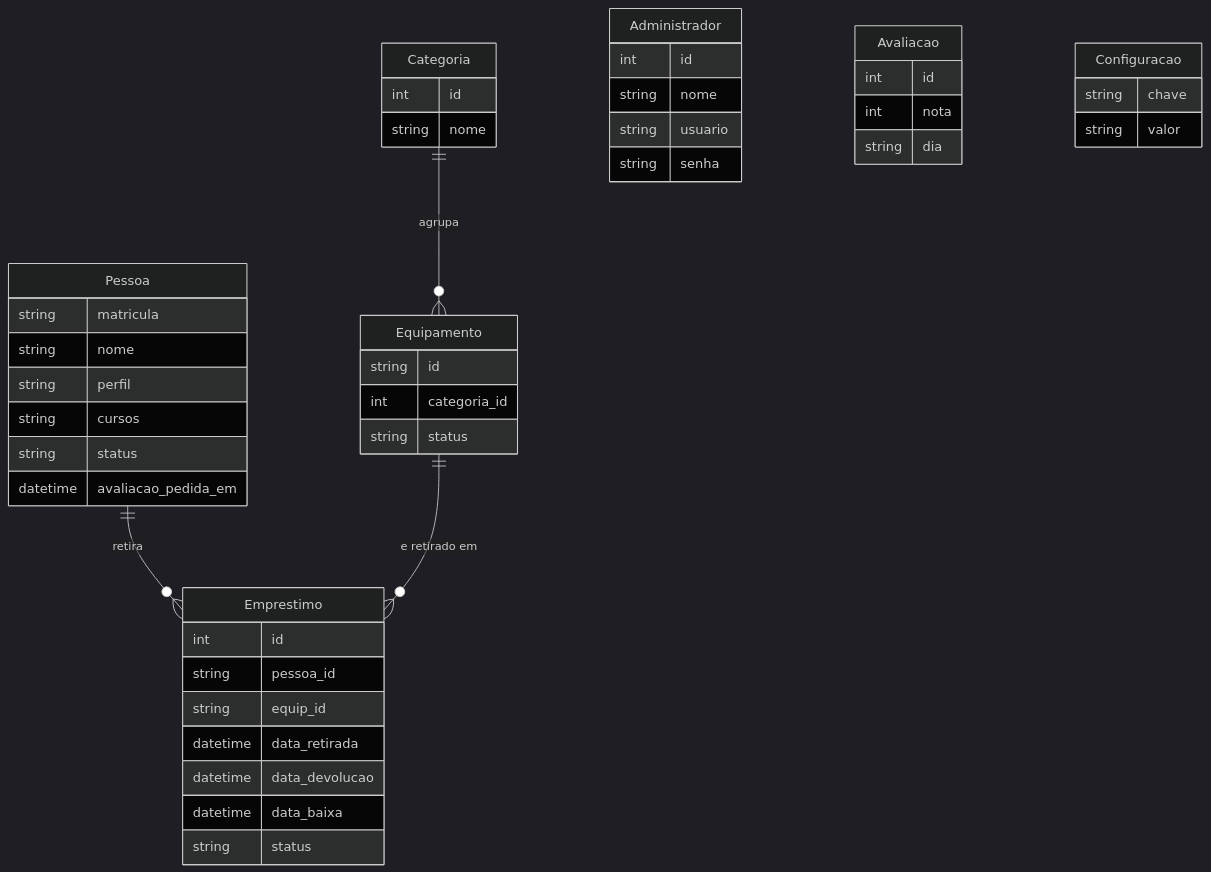
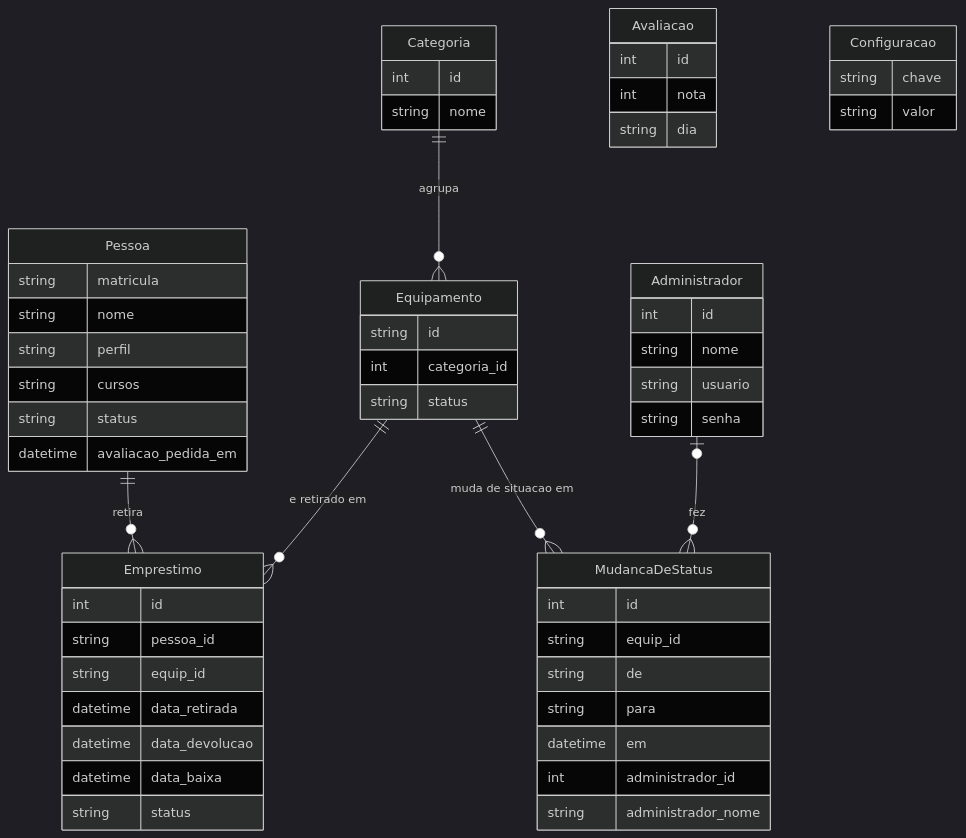
One commit to viccenzo-boff/sistema-emprestimo-equipamentos changed the diagram in docs/sobre/arquitetura-do-sistema.md. Above: the diagram before and after it, drawn with Mermaid (dark theme). The commit also changed other lines of this file and 25 other files, not shown here.

````diff
--- a/docs/sobre/arquitetura-do-sistema.md
+++ b/docs/sobre/arquitetura-do-sistema.md
@@ -79,47 +79,58 @@
 ```mermaid
 erDiagram
     Pessoa ||--o{ Emprestimo : "retira"
     Equipamento ||--o{ Emprestimo : "e retirado em"
     Categoria ||--o{ Equipamento : "agrupa"
+    Equipamento ||--o{ MudancaDeStatus : "muda de situacao em"
+    Administrador |o--o{ MudancaDeStatus : "fez"
     Administrador {
         int id
         string nome
         string usuario
         string senha
     }
     Pessoa {
         string matricula
         string nome
         string perfil
         string cursos
         string status
         datetime avaliacao_pedida_em
     }
     Categoria {
         int id
         string nome
     }
     Equipamento {
         string id
         int categoria_id
         string status
     }
     Emprestimo {
         int id
         string pessoa_id
         string equip_id
         datetime data_retirada
         datetime data_devolucao
         datetime data_baixa
         string status
     }
     Avaliacao {
         int id
         int nota
         string dia
     }
     Configuracao {
         string chave
         string valor
     }
+    MudancaDeStatus {
+        int id
+        string equip_id
+        string de
+        string para
+        datetime em
+        int administrador_id
+        string administrador_nome
+    }
 ```
````
